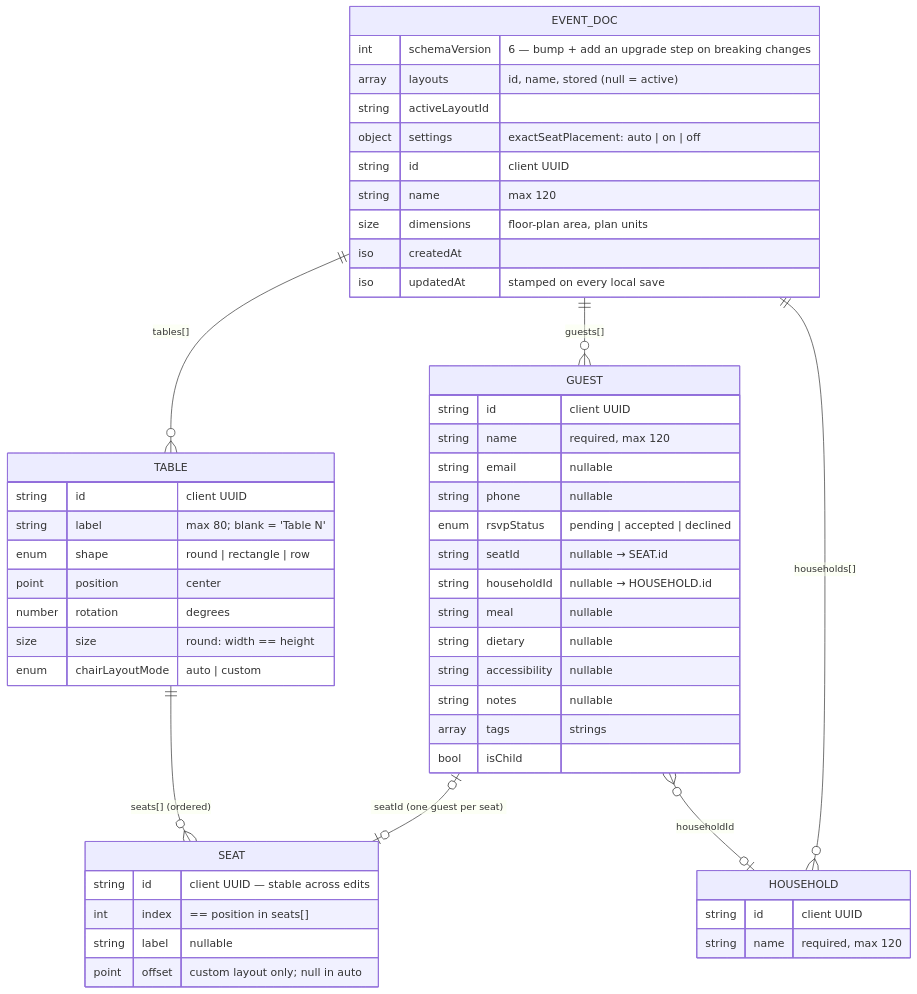
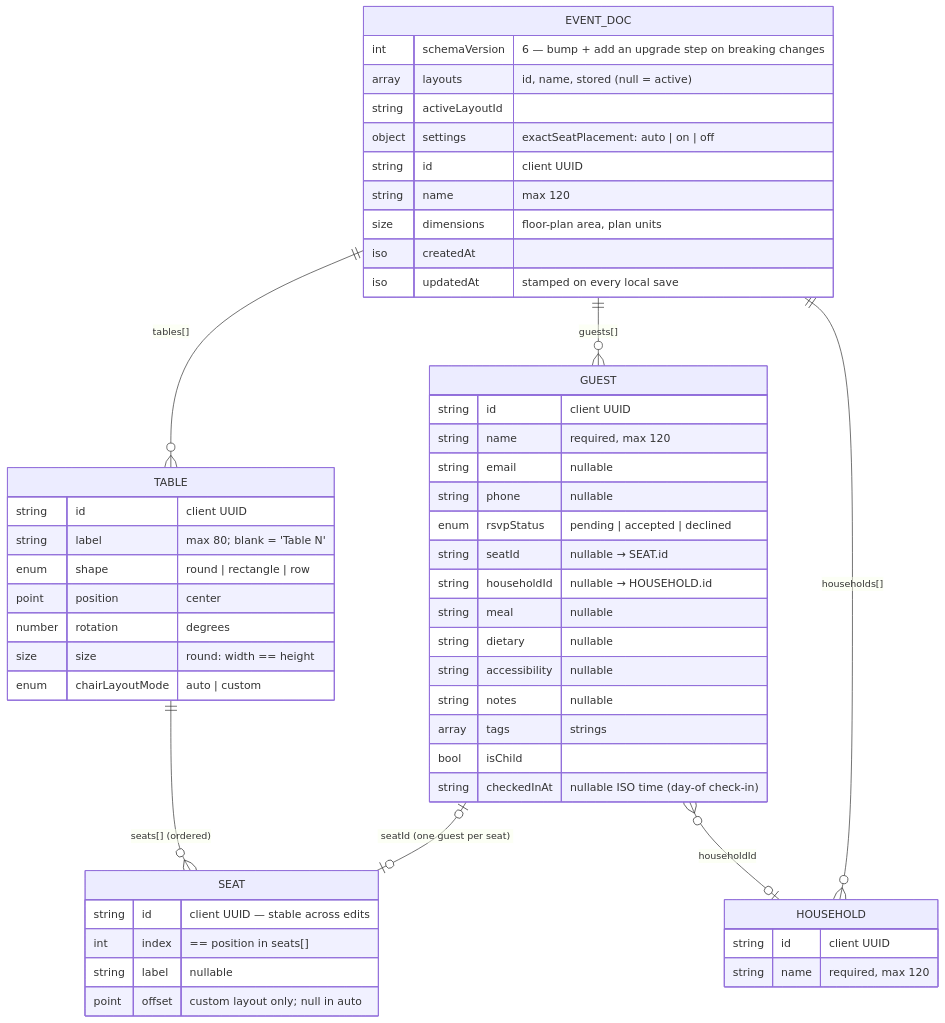
The second of 2 diagrams in docs/data-model.md (joshkat/seeater), drawn with Mermaid before and after one commit. The commit also changed other lines of this file and 2 other files, not shown here.

First line of the commit message:
docs: check-in and phone layout; phase H review guide

````diff
--- a/docs/data-model.md
+++ b/docs/data-model.md
@@ -59,55 +59,56 @@
 ```mermaid
 erDiagram
   EVENT_DOC ||--o{ TABLE : "tables[]"
   TABLE ||--o{ SEAT : "seats[] (ordered)"
   EVENT_DOC ||--o{ GUEST : "guests[]"
   EVENT_DOC ||--o{ HOUSEHOLD : "households[]"
   GUEST |o--o| SEAT : "seatId (one guest per seat)"
   GUEST }o--o| HOUSEHOLD : "householdId"
 
   EVENT_DOC {
     int schemaVersion "6 — bump + add an upgrade step on breaking changes"
     array layouts "id, name, stored (null = active)"
     string activeLayoutId
     object settings "exactSeatPlacement: auto | on | off"
     string id "client UUID"
     string name "max 120"
     size dimensions "floor-plan area, plan units"
     iso createdAt
     iso updatedAt "stamped on every local save"
   }
   TABLE {
     string id "client UUID"
     string label "max 80; blank = 'Table N'"
     enum shape "round | rectangle | row"
     point position "center"
     number rotation "degrees"
     size size "round: width == height"
     enum chairLayoutMode "auto | custom"
   }
   SEAT {
     string id "client UUID — stable across edits"
     int index "== position in seats[]"
     string label "nullable"
     point offset "custom layout only; null in auto"
   }
   GUEST {
     string id "client UUID"
     string name "required, max 120"
     string email "nullable"
     string phone "nullable"
     enum rsvpStatus "pending | accepted | declined"
     string seatId "nullable → SEAT.id"
     string householdId "nullable → HOUSEHOLD.id"
     string meal "nullable"
     string dietary "nullable"
     string accessibility "nullable"
     string notes "nullable"
     array tags "strings"
     bool isChild
+    string checkedInAt "nullable ISO time (day-of check-in)"
   }
   HOUSEHOLD {
     string id "client UUID"
     string name "required, max 120"
   }
 ```
````
